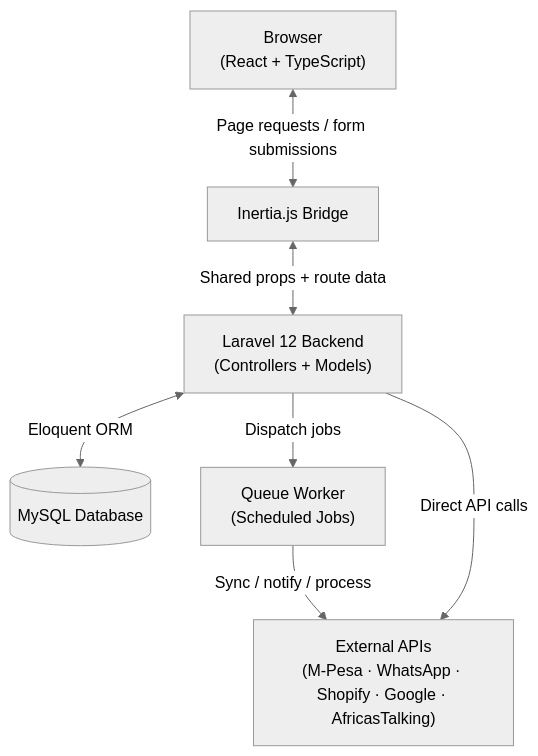
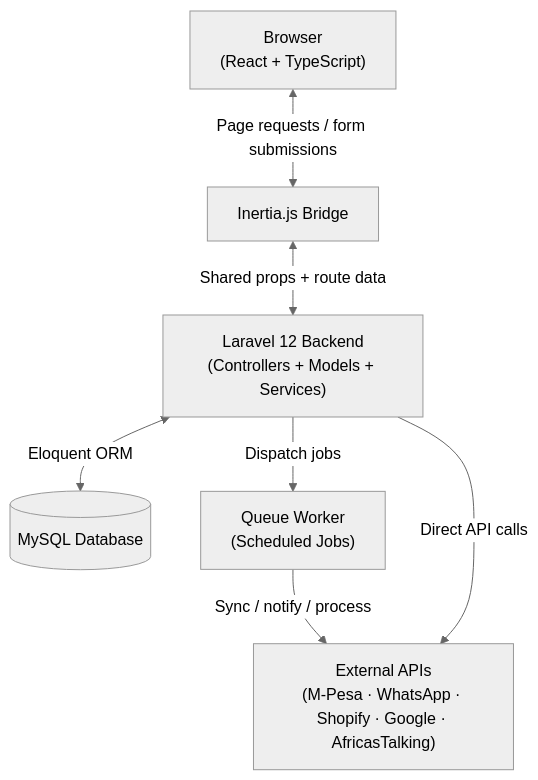
One commit to mmaikol-dev/rdl-courier-v7 changed the first of 14 diagrams in README.md. Above: the diagram before and after it, drawn with Mermaid (neutral theme). The commit also changed other lines of this file and 5 other files, not shown here.

````diff
--- a/README.md
+++ b/README.md
@@ -44,16 +44,16 @@
 ```mermaid
 graph TD
     Browser["Browser\n(React + TypeScript)"]
     Inertia["Inertia.js Bridge"]
-    Laravel["Laravel 12 Backend\n(Controllers + Models)"]
+    Laravel["Laravel 12 Backend\n(Controllers + Models + Services)"]
     DB[("MySQL Database")]
     Queue["Queue Worker\n(Scheduled Jobs)"]
     Integrations["External APIs\n(M-Pesa · WhatsApp · Shopify · Google · AfricasTalking)"]
 
     Browser <-->|"Page requests / form submissions"| Inertia
     Inertia <-->|"Shared props + route data"| Laravel
     Laravel <-->|"Eloquent ORM"| DB
     Laravel -->|"Dispatch jobs"| Queue
     Queue -->|"Sync / notify / process"| Integrations
     Laravel -->|"Direct API calls"| Integrations
 ```
````
